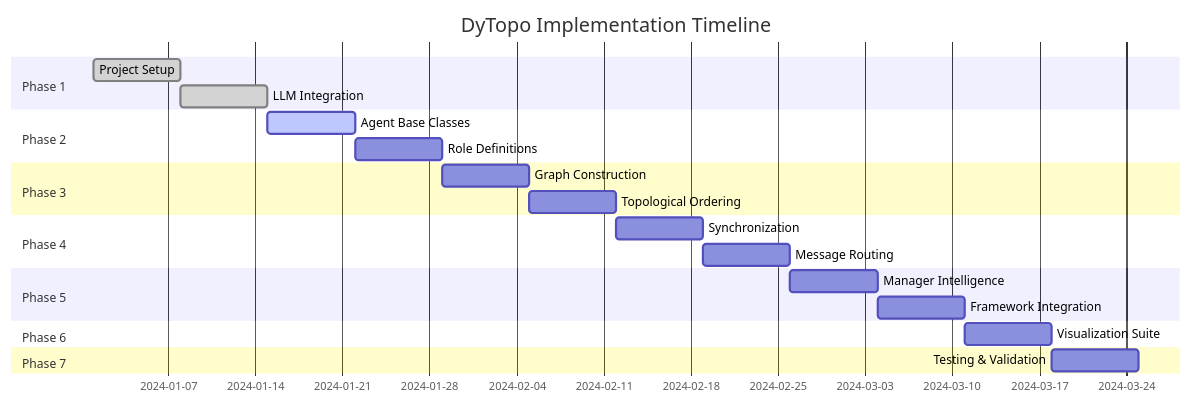
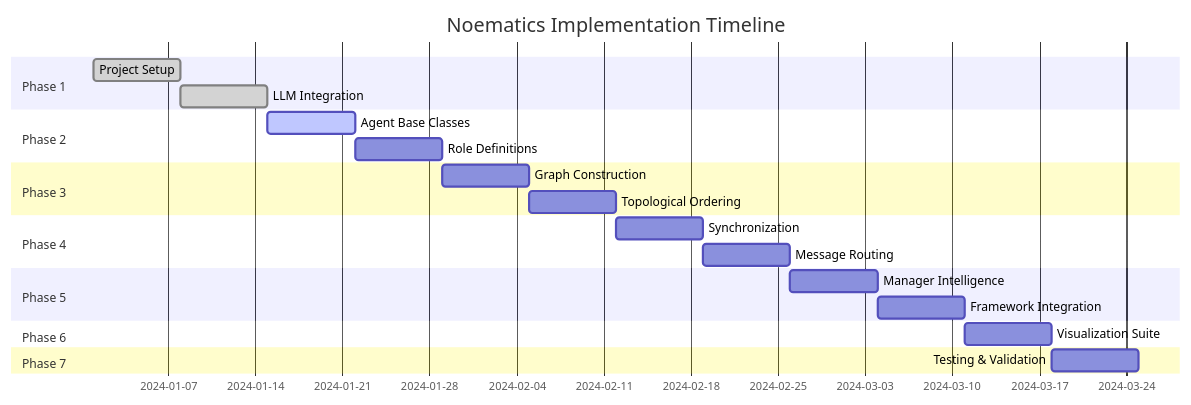
The second of 2 diagrams in implementation_plan.md (thephimart/Noematics), drawn with Mermaid before and after one commit. The commit also changed other lines of this file and 3 other files, not shown here.

````diff
--- a/implementation_plan.md
+++ b/implementation_plan.md
@@ -6202,24 +6569,24 @@
 ```mermaid
 gantt
-    title DyTopo Implementation Timeline
+    title Noematics Implementation Timeline
     dateFormat  YYYY-MM-DD
     section Phase 1
     Project Setup           :done, p1-1, 2024-01-01, 7d
     LLM Integration         :done, p1-2, 2024-01-08, 7d
     section Phase 2
     Agent Base Classes      :active, p2-1, 2024-01-15, 7d
     Role Definitions         :p2-2, 2024-01-22, 7d
     section Phase 3
     Graph Construction      :p3-1, 2024-01-29, 7d
     Topological Ordering     :p3-2, 2024-02-05, 7d
     section Phase 4
     Synchronization         :p4-1, 2024-02-12, 7d
     Message Routing          :p4-2, 2024-02-19, 7d
     section Phase 5
     Manager Intelligence     :p5-1, 2024-02-26, 7d
     Framework Integration    :p5-2, 2024-03-04, 7d
     section Phase 6
     Visualization Suite      :p6-1, 2024-03-11, 7d
     section Phase 7
     Testing & Validation     :p7-1, 2024-03-18, 7d
 ```
````
